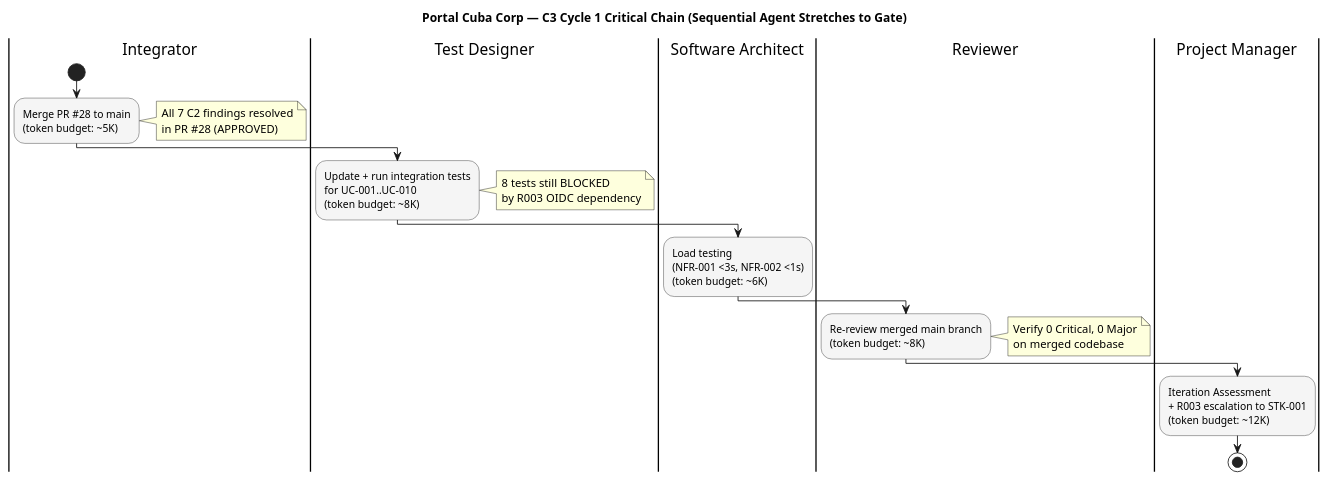
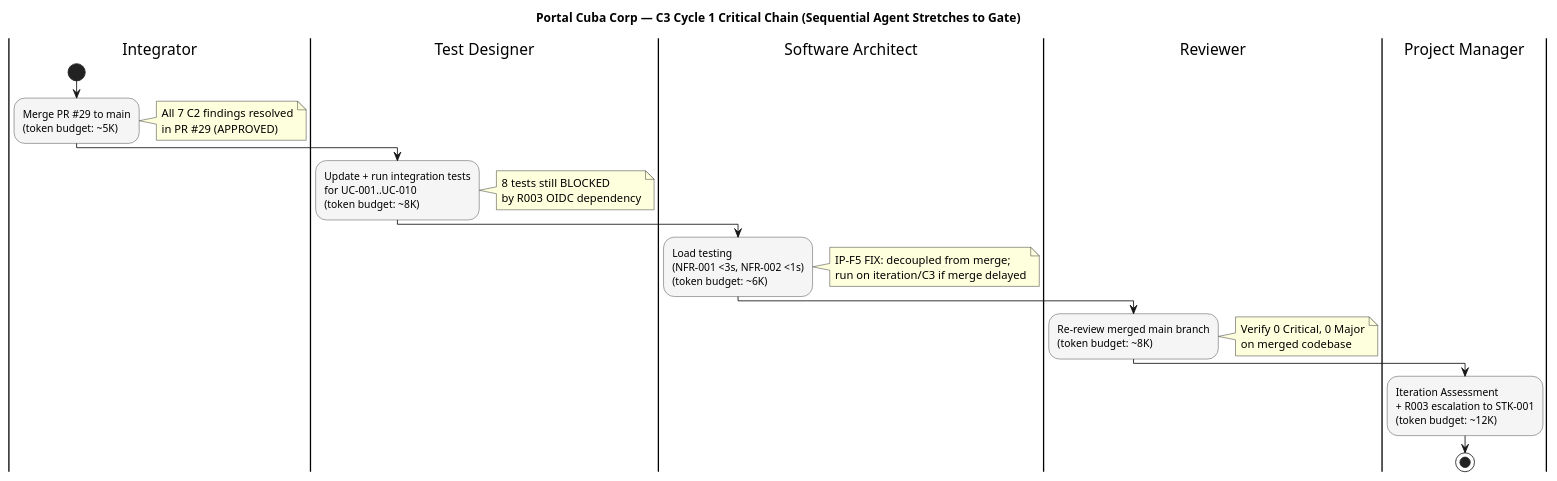
Before and after one commit to banense-test/portal-cuba-corp: the first of 2 diagrams in docs/artifacts/project-management/iteration-plan.md, drawn with PlantUML. The commit also changed other lines of this file, not shown here.

First line of the commit message:
Project Manager [C3]: upsert Iteration Plan

````diff
--- a/docs/artifacts/project-management/iteration-plan.md
+++ b/docs/artifacts/project-management/iteration-plan.md
@@ -47,29 +49,30 @@
 ```plantuml
 @startuml
 title Portal Cuba Corp — C3 Cycle 1 Critical Chain (Sequential Agent Stretches to Gate)
 
 skinparam activityBackgroundColor #F5F5F5
 skinparam activityBorderColor #333333
 
 |Integrator|
 start
-:Merge PR #28 to main\n(token budget: ~5K);
-note right: All 7 C2 findings resolved\nin PR #28 (APPROVED)
+:Merge PR #29 to main\n(token budget: ~5K);
+note right: All 7 C2 findings resolved\nin PR #29 (APPROVED)
 
 |Test Designer|
 :Update + run integration tests\nfor UC-001..UC-010\n(token budget: ~8K);
 note right: 8 tests still BLOCKED\nby R003 OIDC dependency
 
 |Software Architect|
 :Load testing\n(NFR-001 <3s, NFR-002 <1s)\n(token budget: ~6K);
+note right: IP-F5 FIX: decoupled from merge;\nrun on iteration/C3 if merge delayed
 
 |Reviewer|
 :Re-review merged main branch\n(token budget: ~8K);
 note right: Verify 0 Critical, 0 Major\non merged codebase
 
 |Project Manager|
 :Iteration Assessment\n+ R003 escalation to STK-001\n(token budget: ~12K);
 
 stop
 @enduml
 ```
````
